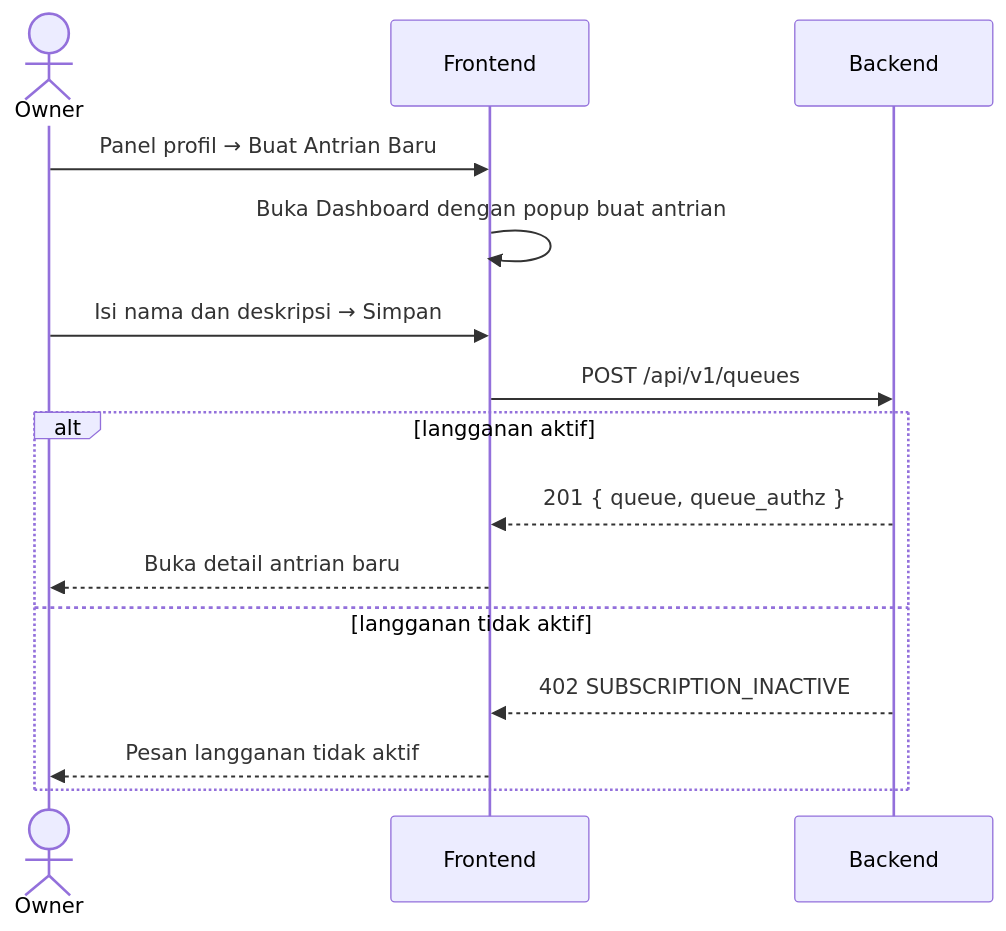
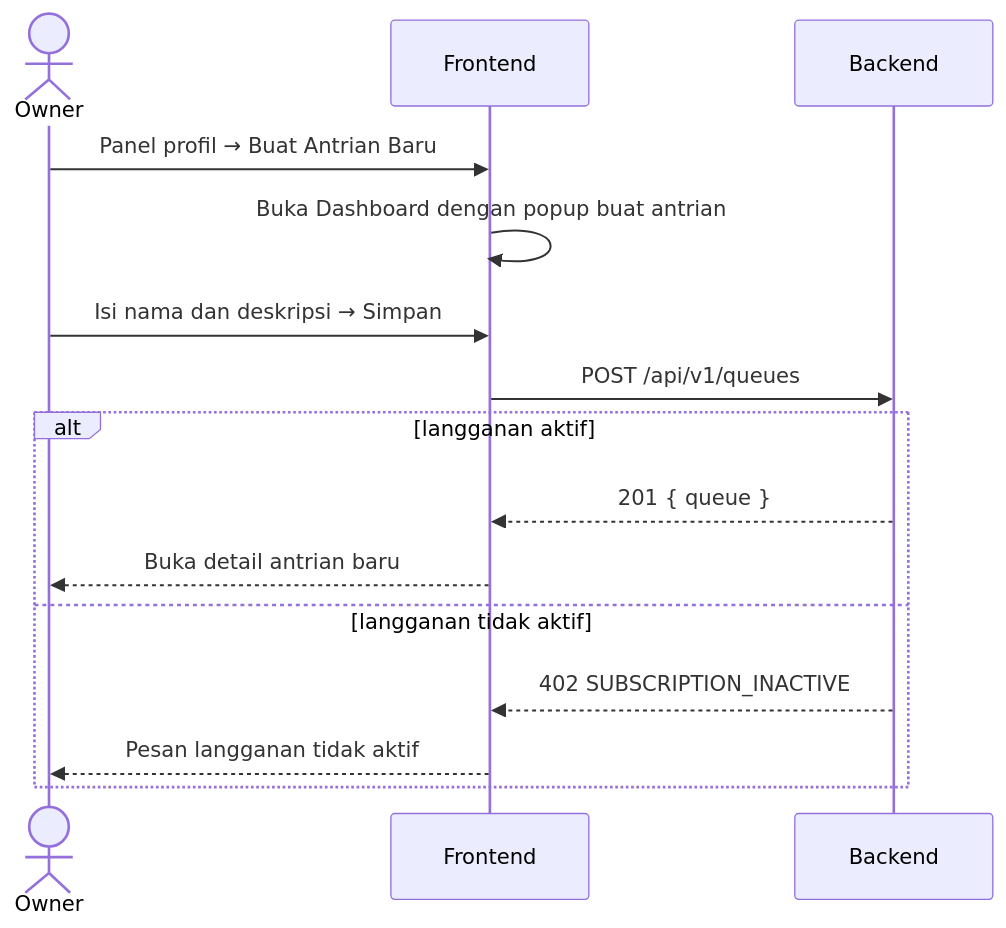
The second of 4 diagrams in FLOW.md (monte-christo-gilberd/Queue-Management-System), drawn with Mermaid before and after one commit. The commit also changed other lines of this file and 3 other files, not shown here.

Commit message:
docs: align README, FLOW, DESIGN and API contract

````diff
--- a/FLOW.md
+++ b/FLOW.md
@@ -30,17 +30,17 @@
 ```mermaid
 sequenceDiagram
     actor O as Owner
     participant FE as Frontend
     participant BE as Backend
     O->>FE: Panel profil → Buat Antrian Baru
     FE->>FE: Buka Dashboard dengan popup buat antrian
     O->>FE: Isi nama dan deskripsi → Simpan
     FE->>BE: POST /api/v1/queues
     alt langganan aktif
-        BE-->>FE: 201 { queue, queue_authz }
+        BE-->>FE: 201 { queue }
         FE-->>O: Buka detail antrian baru
     else langganan tidak aktif
         BE-->>FE: 402 SUBSCRIPTION_INACTIVE
         FE-->>O: Pesan langganan tidak aktif
     end
 ```
````
